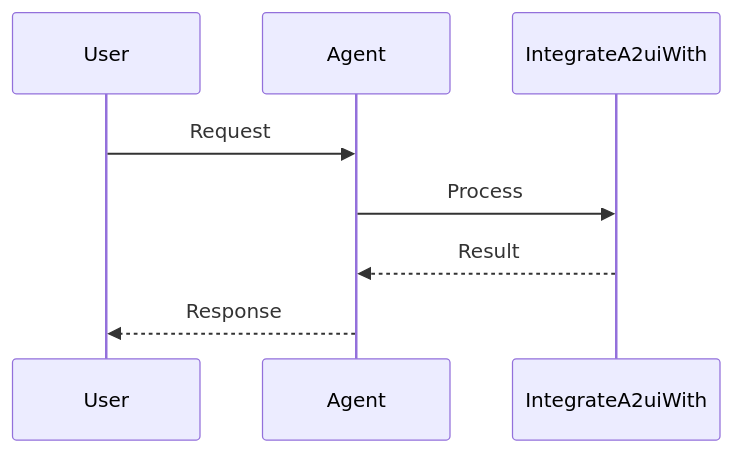
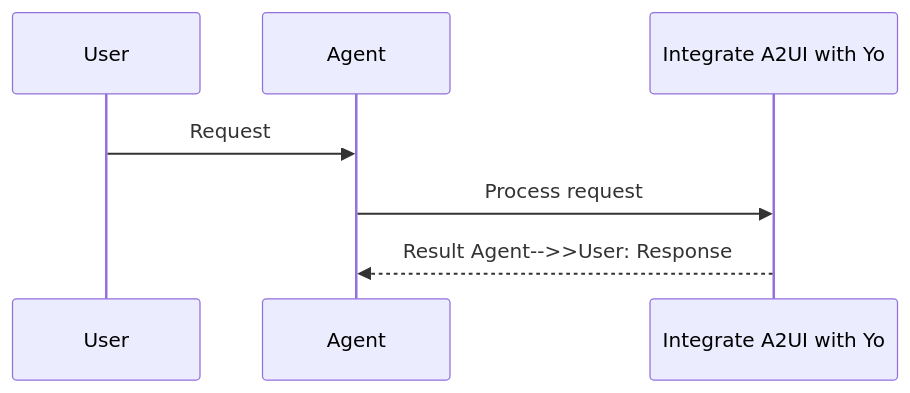
Before and after one commit to MervinPraison/PraisonAIDocs: the second of 2 diagrams in docs/features/integrate-a2ui-frontend.mdx, drawn with Mermaid. The commit also changed 204 other files, not shown here.

First line of the commit message:
docs: align feature/tool pages with AGENTS.md hero + sequence + import standards (fixes #1775)

````diff
--- a/docs/features/integrate-a2ui-frontend.mdx
+++ b/docs/features/integrate-a2ui-frontend.mdx
@@ -39,11 +39,10 @@
 ```mermaid
 sequenceDiagram
     participant User
     participant Agent
-    participant IntegrateA2uiWith
+    participant Feature as Integrate A2UI with Yo
 
     User->>Agent: Request
-    Agent->>IntegrateA2uiWith: Process
-    IntegrateA2uiWith-->>Agent: Result
-    Agent-->>User: Response
+    Agent->>Feature: Process request
+    Feature-->>Agent: Result    Agent-->>User: Response
 ```
````
